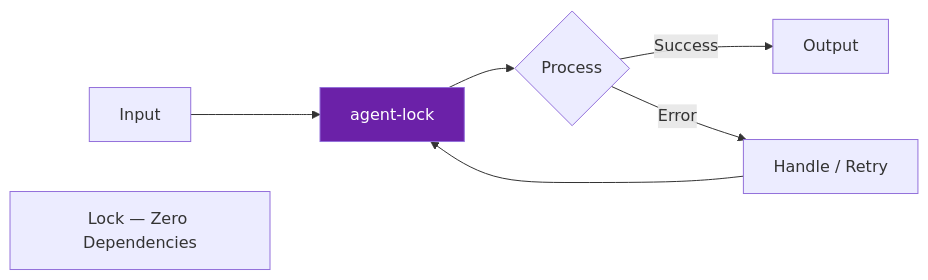
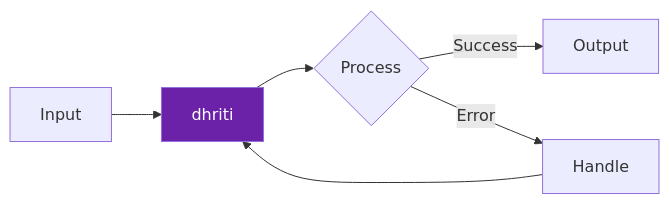
Before and after one commit to darshjme/agent-lock: the diagram in README.md, drawn with Mermaid. The commit also changed other lines of this file and 1 other file, not shown here.

First line of the commit message:
feat(vedic-v3): rename to dhriti (धृति)

````diff
--- a/README.md
+++ b/README.md
@@ -48,10 +39,9 @@
 ```mermaid
 flowchart LR
-    A[Input] --> B[agent-lock]
+    A[Input] --> B[dhriti]
     B --> C{Process}
     C -- Success --> D[Output]
-    C -- Error --> E[Handle / Retry]
+    C -- Error --> E[Handle]
     E --> B
     style B fill:#6b21a8,color:#fff
-    note["Lock — Zero Dependencies"]
 ```
````
